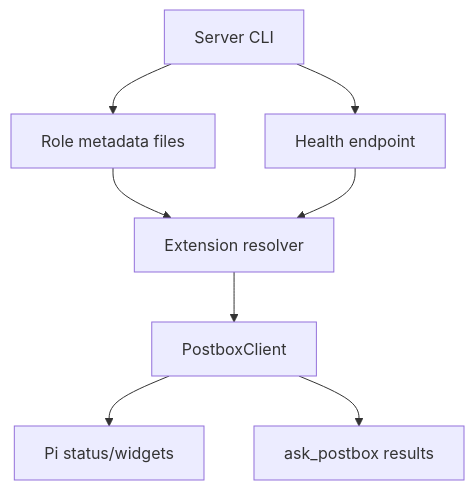
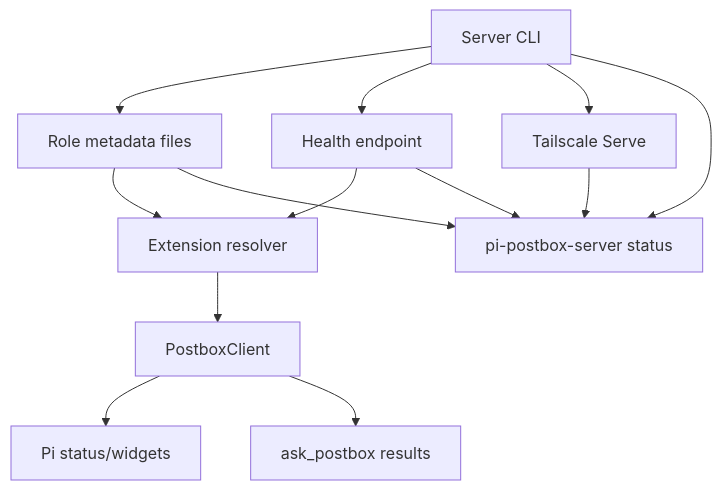
The second of 2 diagrams in docs/plans/2026-06-15-001-feat-active-local-postbox-routing-plan.md (dasomji/pi-postbox), drawn with Mermaid before and after one commit. The commit also changed other lines of this file and 85 other files, not shown here.

````diff
--- a/docs/plans/2026-06-15-001-feat-active-local-postbox-routing-plan.md
+++ b/docs/plans/2026-06-15-001-feat-active-local-postbox-routing-plan.md
@@ -447,18 +543,25 @@
 ```mermaid
 flowchart TB
   CLI[Server CLI]
   Metadata[Role metadata files]
   Health[Health endpoint]
   Resolver[Extension resolver]
   Client[PostboxClient]
   UI[Pi status/widgets]
   Ask[ask_postbox results]
+  Tailscale[Tailscale Serve]
+  Status[pi-postbox-server status]
 
   CLI --> Metadata
   CLI --> Health
+  CLI --> Tailscale
+  CLI --> Status
   Metadata --> Resolver
+  Metadata --> Status
   Health --> Resolver
+  Health --> Status
+  Tailscale --> Status
   Resolver --> Client
   Client --> UI
   Client --> Ask
 ```
````
